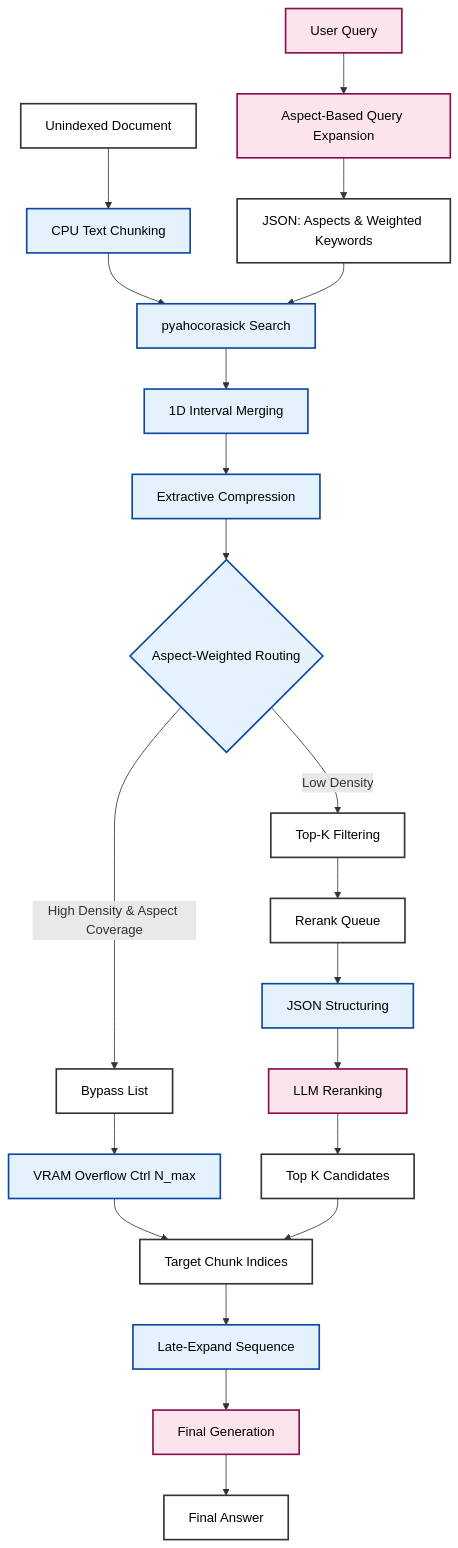
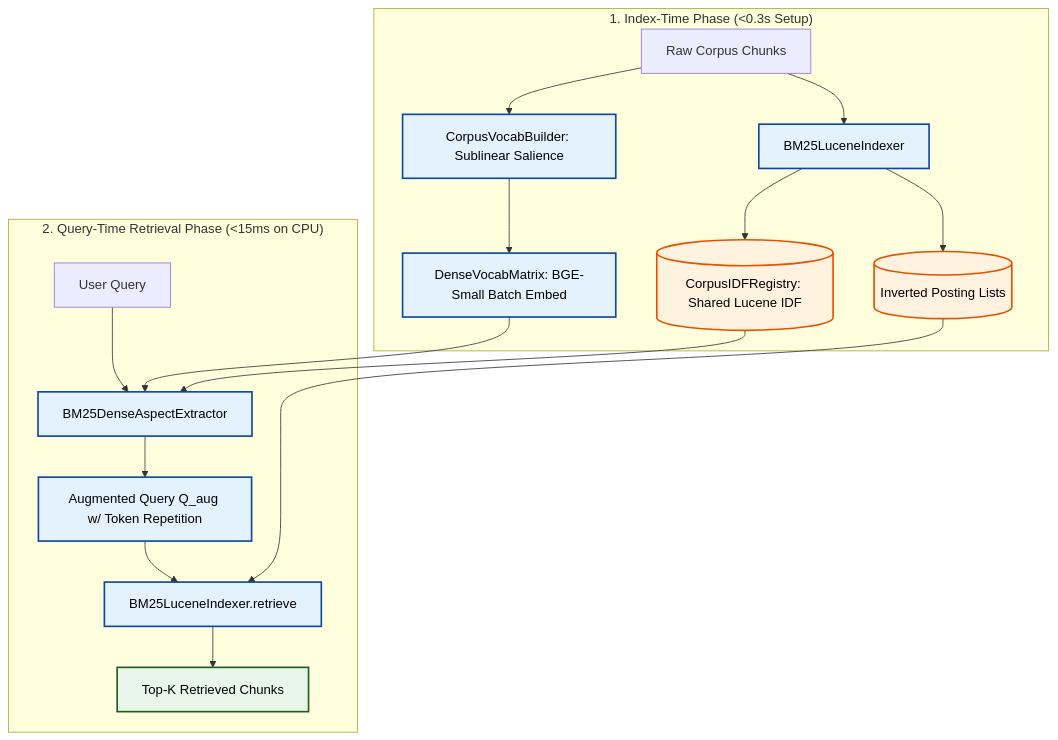
One commit to spchjken/Edge-RAG changed the diagram in docs/ARCHITECTURE.md. Above: the diagram before and after it, drawn with Mermaid. The commit also changed other lines of this file and 164 other files, not shown here.

````diff
--- a/docs/ARCHITECTURE.md
+++ b/docs/ARCHITECTURE.md
@@ -17,33 +14,24 @@
 ```mermaid
 graph TD
-    classDef model fill:#fce4ec,stroke:#880e4f,stroke-width:2px,color:#000000;
     classDef compute fill:#e3f2fd,stroke:#0d47a1,stroke-width:2px,color:#000000;
-    classDef default fill:#ffffff,stroke:#333,stroke-width:2px,color:#000000;
-  
-    Q[User Query]:::model --> QE[Aspect-Based Query Expansion]:::model
-    QE --> K[JSON: Aspects & Weighted Keywords]
-  
-    Doc[Unindexed Document] --> CHUNK[CPU Text Chunking]:::compute
-    CHUNK --> LEX[pyahocorasick Search]:::compute
-    K --> LEX
-  
-    LEX --> MERGE[1D Interval Merging]:::compute
-    MERGE --> EXTRACT[Extractive Compression]:::compute
-    EXTRACT --> ROUTER{Aspect-Weighted Routing}:::compute
-  
-    ROUTER -- High Density & Aspect Coverage --> BYPASS[Bypass List]
-    ROUTER -- Low Density --> SCORE[Top-K Filtering]
-    SCORE --> RERANK_Q[Rerank Queue]
-  
-    RERANK_Q --> JSON[JSON Structuring]:::compute
-    JSON --> LLM_RERANK[LLM Reranking]:::model
-    LLM_RERANK --> TOP_K[Top K Candidates]
-  
-    BYPASS --> CACHE_CTRL[VRAM Overflow Ctrl N_max]:::compute
-    CACHE_CTRL --> FINAL_IDX[Target Chunk Indices]
-    TOP_K --> FINAL_IDX
-  
-    FINAL_IDX --> EXPAND[Late-Expand Sequence]:::compute
-    EXPAND --> GEN[Final Generation]:::model
-    GEN --> Output[Final Answer]
+    classDef storage fill:#fff3e0,stroke:#e65100,stroke-width:2px,color:#000000;
+    classDef target fill:#e8f5e9,stroke:#1b5e20,stroke-width:2px,color:#000000;
+
+    subgraph Index_Time ["1. Index-Time Phase (<0.3s Setup)"]
+        Doc[Raw Corpus Chunks] --> IDX[BM25LuceneIndexer]:::compute
+        IDX --> POSTINGS[(Inverted Posting Lists)]:::storage
+        IDX --> IDF_REG[(CorpusIDFRegistry: Shared Lucene IDF)]:::storage
+        Doc --> VOCAB_BUILD[CorpusVocabBuilder: Sublinear Salience]:::compute
+        VOCAB_BUILD --> DENSE_MAT[DenseVocabMatrix: BGE-Small Batch Embed]:::compute
+    end
+
+    subgraph Query_Time ["2. Query-Time Retrieval Phase (<15ms on CPU)"]
+        Q[User Query] --> EXTRACTOR[BM25DenseAspectExtractor]:::compute
+        IDF_REG --> EXTRACTOR
+        DENSE_MAT --> EXTRACTOR
+        EXTRACTOR --> Q_AUG[Augmented Query Q_aug w/ Token Repetition]:::compute
+        Q_AUG --> RETRIEVER[BM25LuceneIndexer.retrieve]:::compute
+        POSTINGS --> RETRIEVER
+        RETRIEVER --> CANDIDATES[Top-K Retrieved Chunks]:::target
+    end
 ```
````
